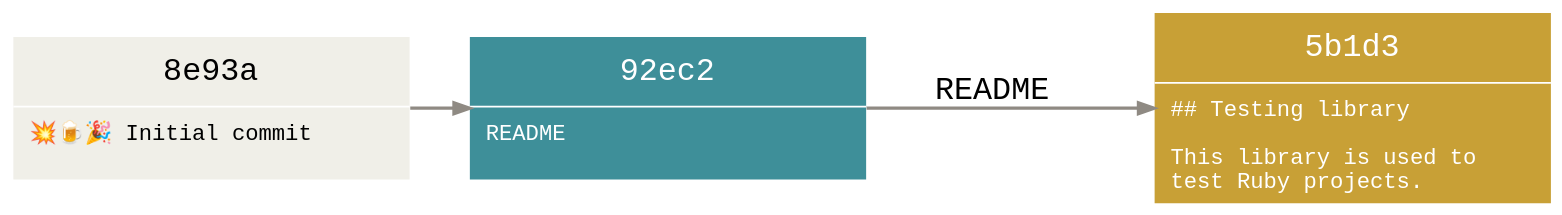
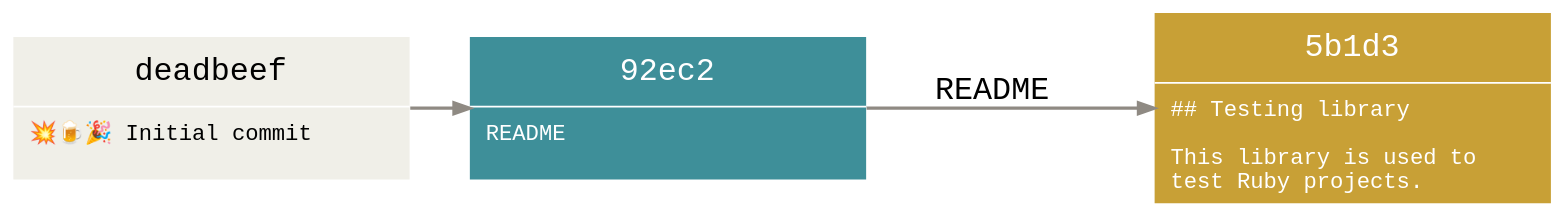
One commit to agross/git-reveal changed the diagram in images/internals/data-model-1.gv. Above: the diagram before and after it, drawn with Graphviz. The commit also changed 26 other files, not shown here.

```diff
--- a/images/internals/data-model-1.gv
+++ b/images/internals/data-model-1.gv
@@ -45,7 +45,7 @@
       <tr>
         <td border="1"
             sides="b"
-            width="250">8e93a</td>
+            width="250">deadbeef</td>
       </tr>
       <tr>
         <td align="left"
@@ -68,7 +68,7 @@
       <tr>
         <td border="1"
             sides="b"
-            width="250">b19dc</td>
+            width="250">00cafefe</td>
       </tr>
       <tr>
         <td align="left"
@@ -91,7 +91,7 @@
       <tr>
         <td border="1"
             sides="b"
-            width="250">caccf</td>
+            width="250">50fac0de</td>
       </tr>
       <tr>
         <td align="left"
```
